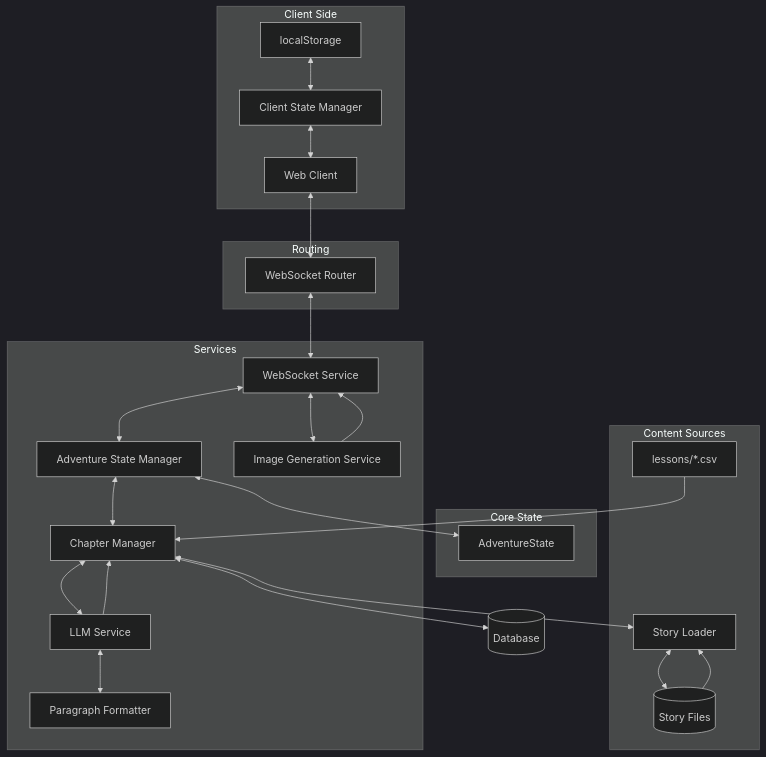
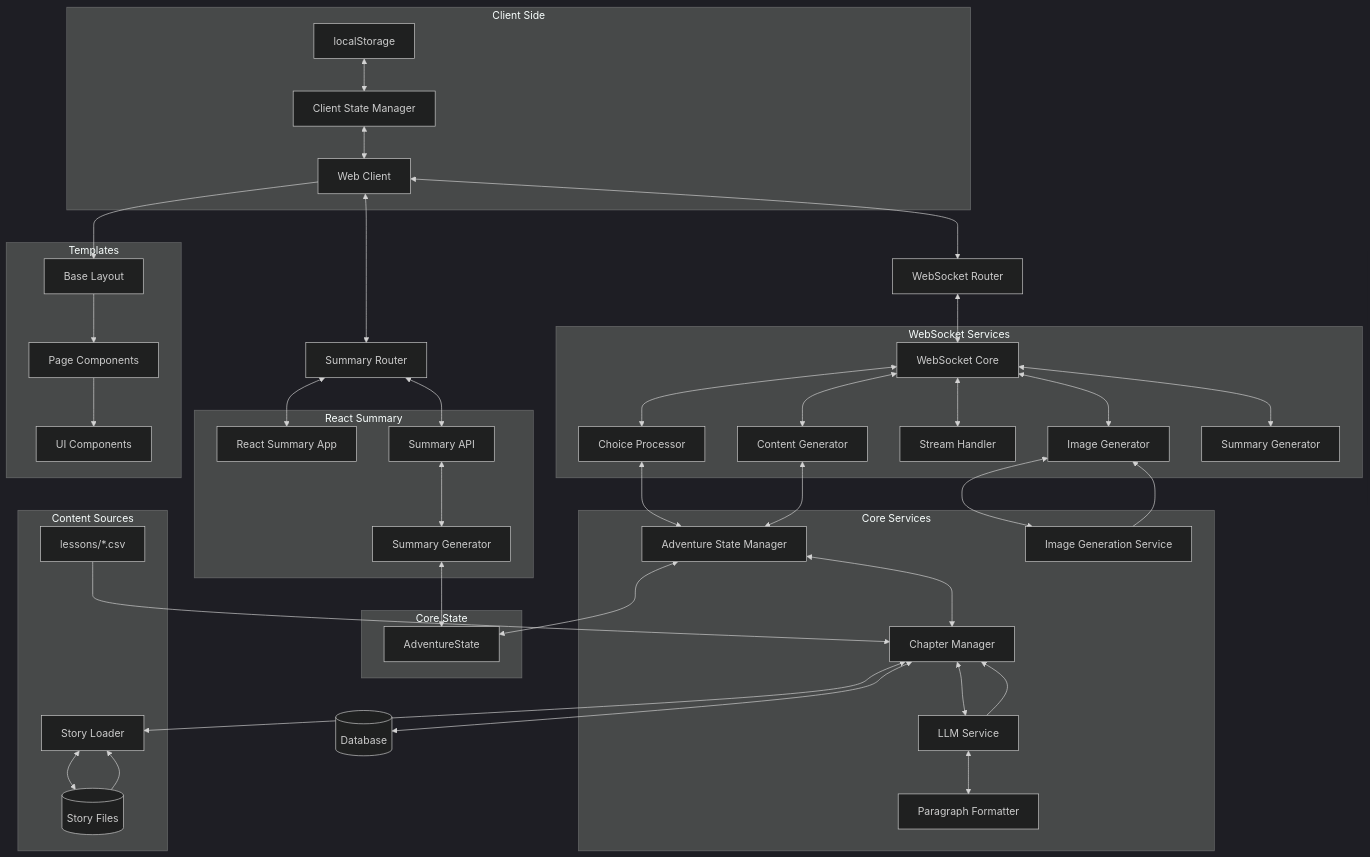
The diagram in README.md (DesmondChoy/adventures), drawn with Mermaid (dark theme) before and after one commit. The commit also changed other lines of this file and 4 other files, not shown here.

First line of the commit message:
Refactor WebSocket services and template structure for improved maintainability

````diff
--- a/README.md
+++ b/README.md
@@ -31,43 +31,78 @@
 ```mermaid
 graph TD
     Client[Web Client] <--> WSR[WebSocket Router]
-    WSR <--> WSS[WebSocket Service]
-    WSS <--> ASM[Adventure State Manager]
+    WSR <--> WSC[WebSocket Core]
+    
+    %% WebSocket Service Components
+    WSC <--> CP[Choice Processor]
+    WSC <--> CG[Content Generator]
+    WSC <--> SH[Stream Handler]
+    WSC <--> IG[Image Generator]
+    WSC <--> SG[Summary Generator]
+    
+    CP <--> ASM[Adventure State Manager]
+    CG <--> ASM
     ASM <--> AS[AdventureState]
     ASM <--> CM[Chapter Manager]
     CM <--> LLM[LLM Service]
     CM <--> DB[(Database)]
-    WSS <--> IMG[Image Generation Service]
+    IG <--> IMG[Image Generation Service]
     CM <--> SL[Story Loader]
     SL <--> SF[(Story Files)]
     LLM <--> PF[Paragraph Formatter]
+    
+    %% React Summary Components
+    Client <--> SR[Summary Router]
+    SR <--> RSUM[React Summary App]
+    SR <--> SAPI[Summary API]
+    SAPI <--> SGEN[Summary Generator]
+    SGEN <--> AS
 
     subgraph Client Side
         LP[localStorage] <--> CSM[Client State Manager]
         CSM <--> Client
     end
 
     subgraph Core State
         AS
     end
 
-    subgraph Services
-        WSS
+    subgraph WebSocket Services
+        WSC
+        CP
+        CG
+        SH
+        IG
+        SG
+    end
+
+    subgraph Core Services
         ASM
         CM
         LLM
         IMG
         PF
     end
 
-    subgraph Routing
-        WSR
-    end
-
     subgraph Content Sources
         CSV[lessons/*.csv] --> CM
         LLM --> CM
-        IMG --> WSS
+        IMG --> IG
         SF --> SL
     end
+    
+    subgraph React Summary
+        RSUM
+        SAPI
+        SGEN
+    end
+    
+    subgraph Templates
+        BL[Base Layout]
+        PC[Page Components]
+        UI[UI Components]
+        Client --> BL
+        BL --> PC
+        PC --> UI
+    end
 ```
````
